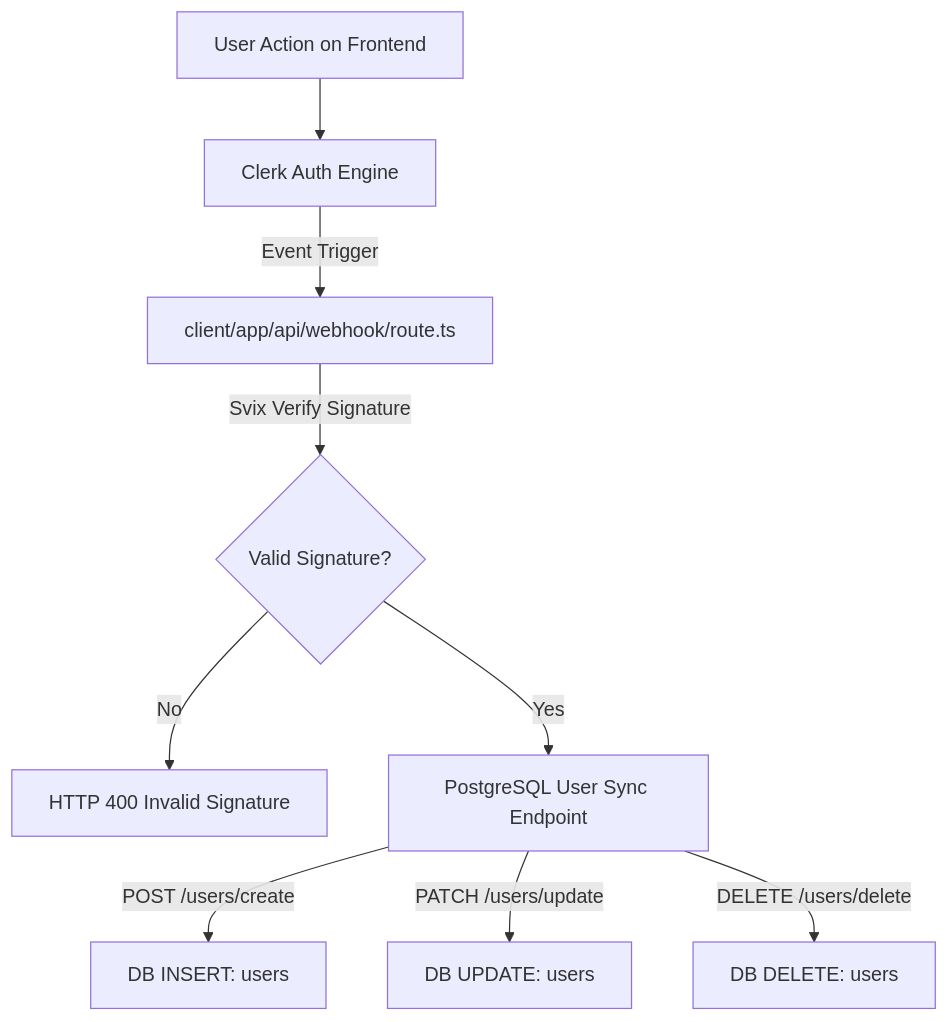
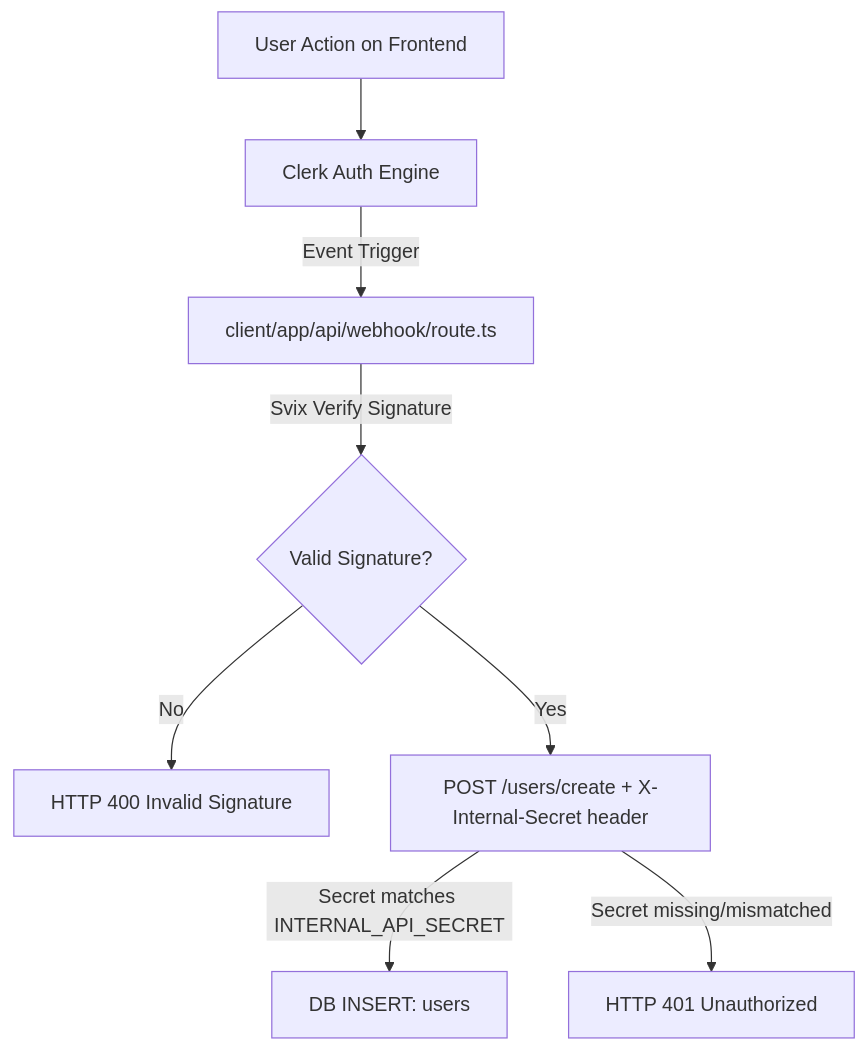
Before and after one commit to wirayuda299/cord: the first of 8 diagrams in feature_flows.md, drawn with Mermaid. The commit also changed other lines of this file and 42 other files, not shown here.

````diff
--- a/feature_flows.md
+++ b/feature_flows.md
@@ -11,11 +11,10 @@
 ```mermaid
 graph TD
     UserSign[User Action on Frontend] --> ClerkService[Clerk Auth Engine]
     ClerkService -->|Event Trigger| SvixWebhook[client/app/api/webhook/route.ts]
     SvixWebhook -->|Svix Verify Signature| ValidRequest{Valid Signature?}
     ValidRequest -->|No| Reject[HTTP 400 Invalid Signature]
-    ValidRequest -->|Yes| ApiCall[PostgreSQL User Sync Endpoint]
-    ApiCall -->|POST /users/create| CreateUser[DB INSERT: users]
-    ApiCall -->|PATCH /users/update| UpdateUser[DB UPDATE: users]
-    ApiCall -->|DELETE /users/delete| DeleteUser[DB DELETE: users]
+    ValidRequest -->|Yes| ApiCall[POST /users/create + X-Internal-Secret header]
+    ApiCall -->|Secret matches INTERNAL_API_SECRET| CreateUser[DB INSERT: users]
+    ApiCall -->|Secret missing/mismatched| RejectInternal[HTTP 401 Unauthorized]
 ```
````
